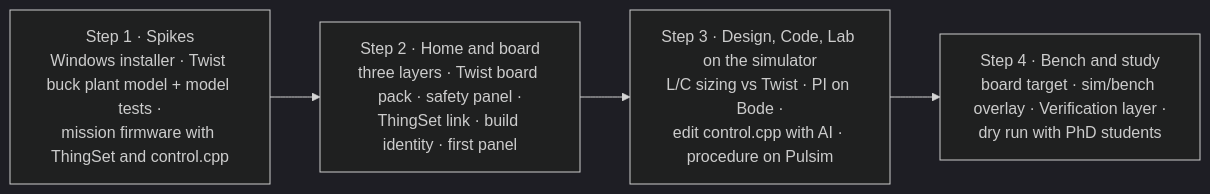
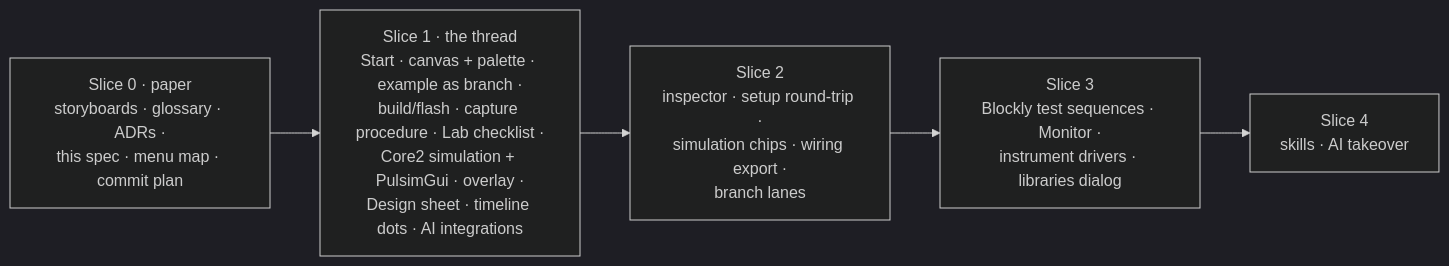
The second of 2 diagrams in SPEC.md (luizvilla/Theia), drawn with Mermaid (dark theme) before and after one commit. The commit also changed other lines of this file and 27 other files, not shown here.

First line of the commit message:
docs: slice 0 of step 5, the new direction on paper

````diff
--- a/SPEC.md
+++ b/SPEC.md
@@ -320,8 +288,9 @@
 ```mermaid
 flowchart LR
-  S1["Step 1 · Spikes<br/>Windows installer · Twist buck plant model + model tests ·<br/>mission firmware with ThingSet and control.cpp"]
-  S2["Step 2 · Home and board<br/>three layers · Twist board pack · safety panel ·<br/>ThingSet link · build identity · first panel"]
-  S3["Step 3 · Design, Code, Lab on the simulator<br/>L/C sizing vs Twist · PI on Bode ·<br/>edit control.cpp with AI · procedure on Pulsim"]
-  S4["Step 4 · Bench and study<br/>board target · sim/bench overlay · Verification layer ·<br/>dry run with PhD students"]
-  S1 --> S2 --> S3 --> S4
+  S0["Slice 0 · paper<br/>storyboards · glossary · ADRs ·<br/>this spec · menu map · commit plan"]
+  S1["Slice 1 · the thread<br/>Start · canvas + palette · example as branch ·<br/>build/flash · capture procedure · Lab checklist ·<br/>Core2 simulation + PulsimGui · overlay ·<br/>Design sheet · timeline dots · AI integrations"]
+  S2["Slice 2<br/>inspector · setup round-trip ·<br/>simulation chips · wiring export ·<br/>branch lanes"]
+  S3["Slice 3<br/>Blockly test sequences · Monitor ·<br/>instrument drivers · libraries dialog"]
+  S4["Slice 4<br/>skills · AI takeover"]
+  S0 --> S1 --> S2 --> S3 --> S4
 ```
````
